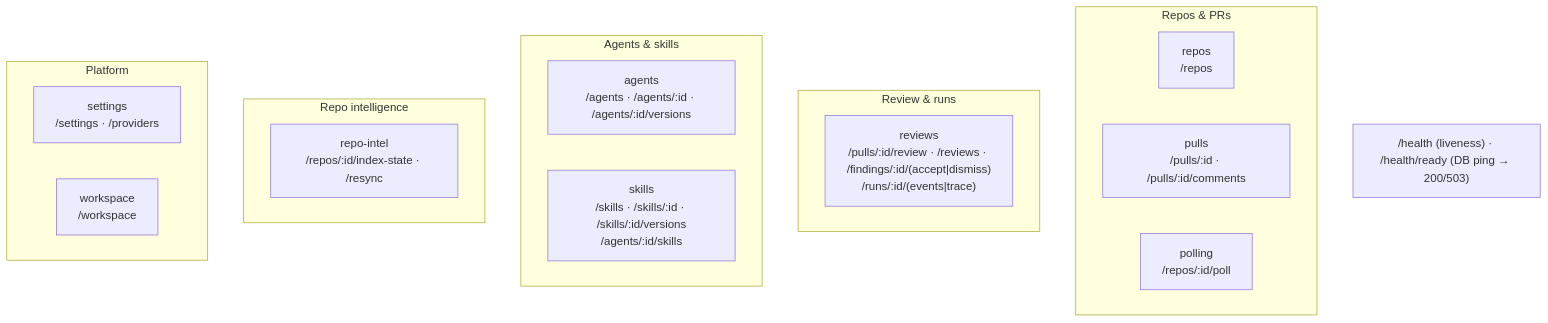
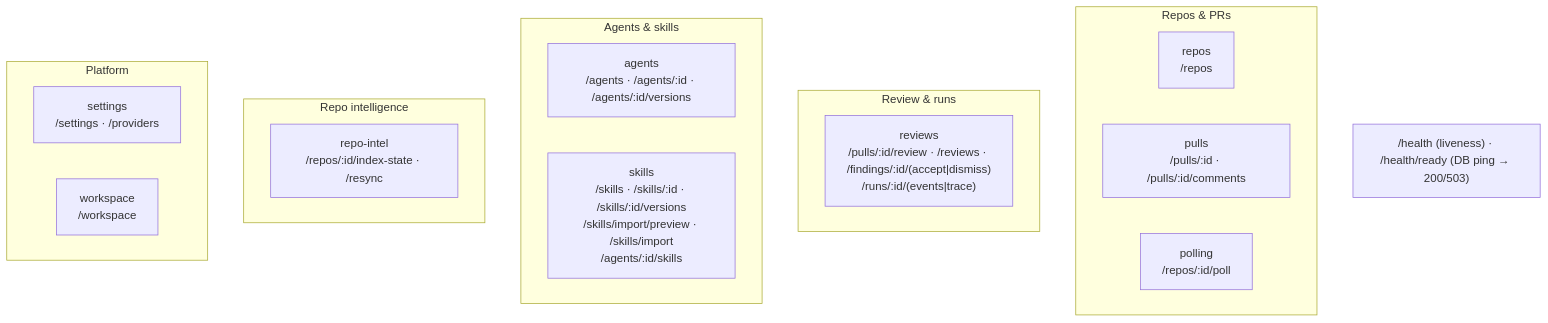
The second of 2 diagrams in server/README.md (vvysotsk/devDigest), drawn with Mermaid before and after one commit. The commit also changed 6 other files, not shown here.

````diff
--- a/server/README.md
+++ b/server/README.md
@@ -64,23 +64,23 @@
 ```mermaid
 flowchart TB
   subgraph Repos_PRs["Repos & PRs"]
     repos["repos<br/>/repos"]
     pulls["pulls<br/>/pulls/:id · /pulls/:id/comments"]
     polling["polling<br/>/repos/:id/poll"]
   end
   subgraph Review["Review & runs"]
     reviews["reviews<br/>/pulls/:id/review · /reviews · /findings/:id/(accept|dismiss)<br/>/runs/:id/(events|trace)"]
   end
   subgraph Agents["Agents & skills"]
     agents["agents<br/>/agents · /agents/:id · /agents/:id/versions"]
-    skills["skills<br/>/skills · /skills/:id · /skills/:id/versions<br/>/agents/:id/skills"]
+    skills["skills<br/>/skills · /skills/:id · /skills/:id/versions<br/>/skills/import/preview · /skills/import<br/>/agents/:id/skills"]
   end
   subgraph Intel["Repo intelligence"]
     repoIntel["repo-intel<br/>/repos/:id/index-state · /resync"]
   end
   subgraph Platform["Platform"]
     settings["settings<br/>/settings · /providers"]
     workspace["workspace<br/>/workspace"]
   end
   HEALTH["/health (liveness) · /health/ready (DB ping → 200/503)"]
 ```
````
